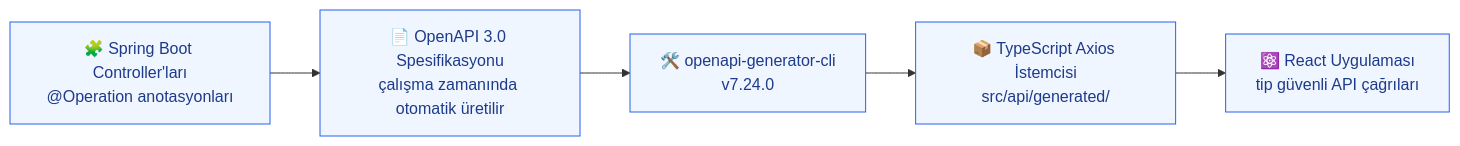
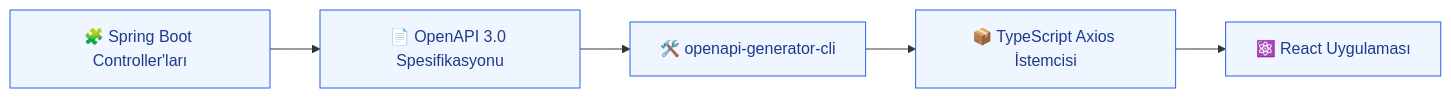
Before and after one commit to ErayYalman/application-management-system: the eighth of 8 diagrams in README.md, drawn with Mermaid. The commit also changed other lines of this file, not shown here.

````diff
--- a/README.md
+++ b/README.md
@@ -1357,10 +709,10 @@
 ```mermaid
 flowchart LR
-    A["🧩 Spring Boot Controller'ları<br/>@Operation anotasyonları"] --> B["📄 OpenAPI 3.0 Spesifikasyonu<br/>çalışma zamanında otomatik üretilir"]
-    B --> C["🛠️ openapi-generator-cli<br/>v7.24.0"]
-    C --> D["📦 TypeScript Axios İstemcisi<br/>src/api/generated/"]
-    D --> E["⚛️ React Uygulaması<br/>tip güvenli API çağrıları"]
+    A["🧩 Spring Boot Controller'ları"] --> B["📄 OpenAPI 3.0 Spesifikasyonu"]
+    B --> C["🛠️ openapi-generator-cli"]
+    C --> D["📦 TypeScript Axios İstemcisi"]
+    D --> E["⚛️ React Uygulaması"]
 
     classDef step fill:#EFF6FF,stroke:#2563EB,color:#1E3A8A,stroke-width:1px
     class A,B,C,D,E step
 ```
````
